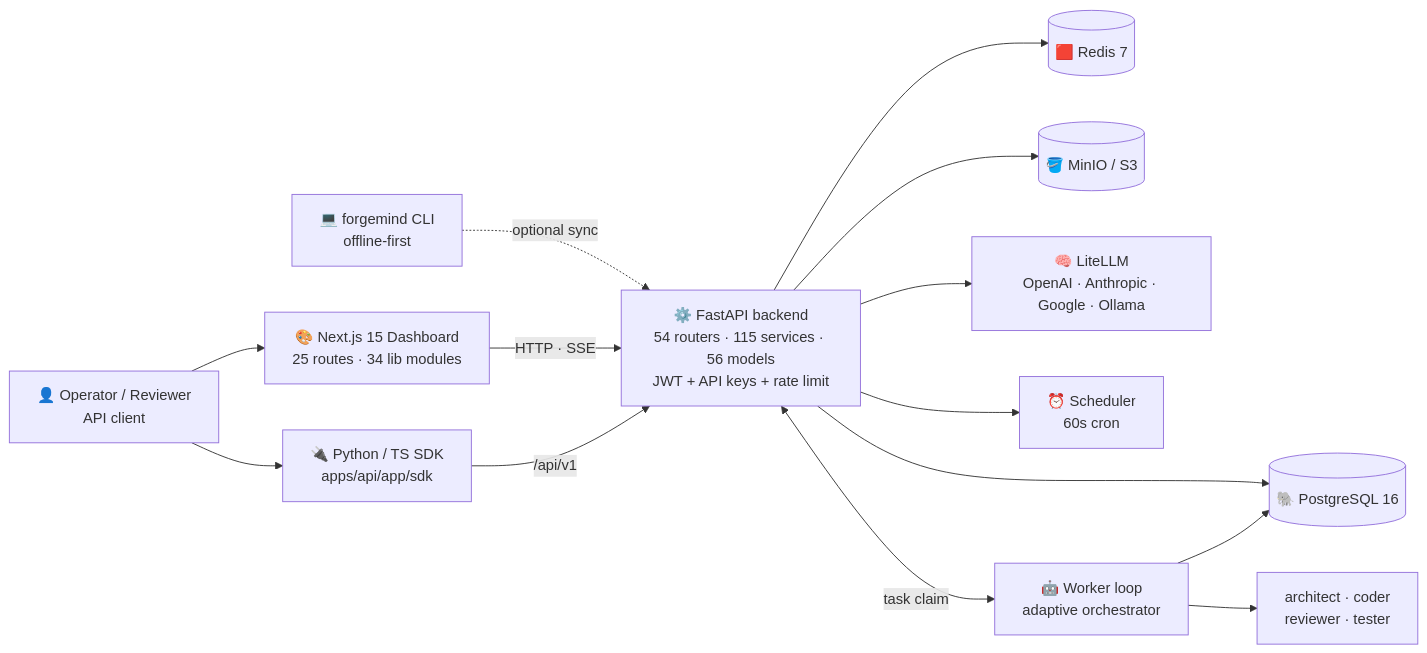
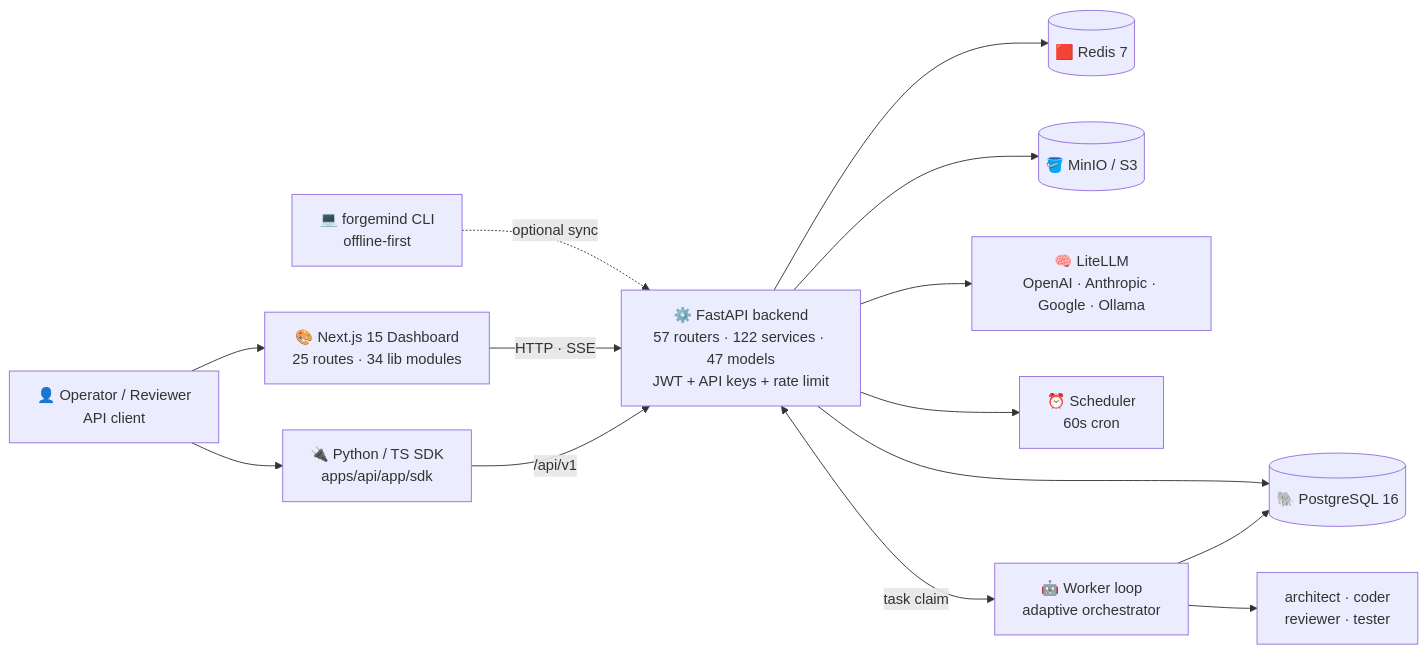
One commit to priyankmistry21699-web/Forgemind changed the first of 4 diagrams in README.md. Above: the diagram before and after it, drawn with Mermaid. The commit also changed other lines of this file and 4 other files, not shown here.

First line of the commit message:
chore(graph): regenerate project-memory graph for V5 + update README counts

````diff
--- a/README.md
+++ b/README.md
@@ -166,21 +166,21 @@
 ```mermaid
 flowchart LR
     U["👤 Operator / Reviewer<br/>API client"] --> FE["🎨 Next.js 15 Dashboard<br/>25 routes · 34 lib modules"]
     U --> SDK["🔌 Python / TS SDK<br/>apps/api/app/sdk"]
     CLI["💻 forgemind CLI<br/>offline-first"] -. optional sync .-> API
 
     FE -->|HTTP · SSE| API
     SDK -->|/api/v1| API
 
-    API["⚙️ FastAPI backend<br/>54 routers · 115 services · 56 models<br/>JWT + API keys + rate limit"]
+    API["⚙️ FastAPI backend<br/>57 routers · 122 services · 47 models<br/>JWT + API keys + rate limit"]
 
     API --> PG[("🐘 PostgreSQL 16")]
     API --> RD[("🟥 Redis 7")]
     API --> S3[("🪣 MinIO / S3")]
     API --> LLM["🧠 LiteLLM<br/>OpenAI · Anthropic · Google · Ollama"]
     API --> SCHED["⏰ Scheduler<br/>60s cron"]
     API <-->|task claim| WORK
 
     WORK["🤖 Worker loop<br/>adaptive orchestrator"] --> AG["architect · coder<br/>reviewer · tester"]
     WORK --> PG
 ```
````
